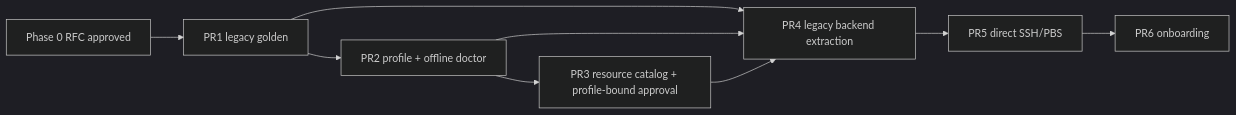
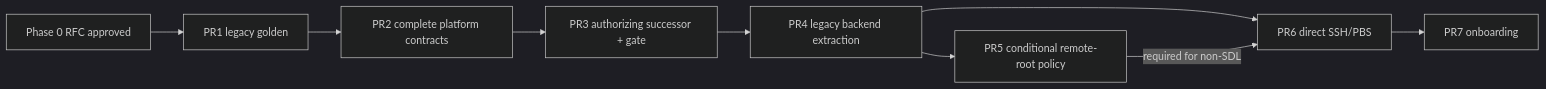
One commit to anakine800-tech/Auto-Gaussian changed the second of 2 diagrams in docs/v2.6-platform-portability-rfc.md. Above: the diagram before and after it, drawn with Mermaid (dark theme). The commit also changed other lines of this file, not shown here.

First line of the commit message:
docs: harden v2.6 platform RFC contract

````diff
--- a/docs/v2.6-platform-portability-rfc.md
+++ b/docs/v2.6-platform-portability-rfc.md
@@ -431,11 +523,11 @@
 ```mermaid
 flowchart LR
     R["Phase 0 RFC approved"] --> G["PR1 legacy golden"]
-    G --> P["PR2 profile + offline doctor"]
-    P --> C["PR3 resource catalog + profile-bound approval"]
-    G --> L["PR4 legacy backend extraction"]
-    P --> L
-    C --> L
-    L --> D["PR5 direct SSH/PBS"]
-    D --> O["PR6 onboarding"]
+    G --> P["PR2 complete platform contracts"]
+    P --> A["PR3 authorizing successor + gate"]
+    A --> L["PR4 legacy backend extraction"]
+    L --> W["PR5 conditional remote-root policy"]
+    L --> D["PR6 direct SSH/PBS"]
+    W -->|"required for non-SDL"| D
+    D --> O["PR7 onboarding"]
 ```
````
